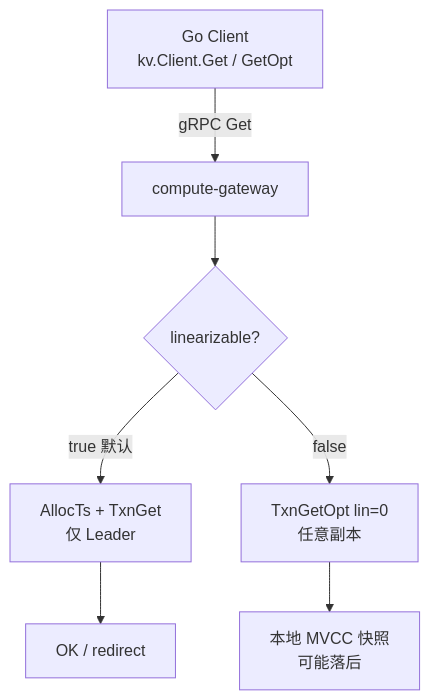
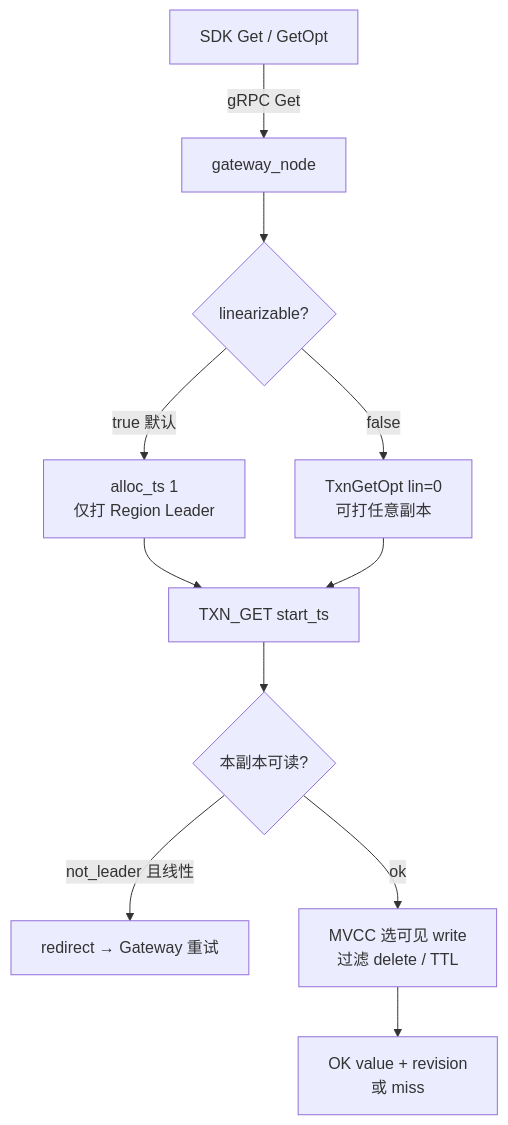
The diagram in docs/flows/02-read-get.md (devotionalist/openkv), drawn with Mermaid before and after one commit. The commit also changed other lines of this file and 167 other files, not shown here.

First line of the commit message:
Ship C++ gateway with async write-path batching and refresh docs.

````diff
--- a/docs/flows/02-read-get.md
+++ b/docs/flows/02-read-get.md
@@ -7,9 +7,13 @@
 ```mermaid
 flowchart TD
-  A[Go Client<br/>kv.Client.Get / GetOpt] -->|gRPC Get| B[compute-gateway]
+  A[SDK Get / GetOpt] -->|gRPC Get| B[gateway_node]
   B --> C{linearizable?}
-  C -->|true 默认| D[AllocTs + TxnGet<br/>仅 Leader]
-  C -->|false| E[TxnGetOpt lin=0<br/>任意副本]
-  D --> F[OK / redirect]
-  E --> G[本地 MVCC 快照<br/>可能落后]
+  C -->|true 默认| D[alloc_ts 1<br/>仅打 Region Leader]
+  C -->|false| E[TxnGetOpt lin=0<br/>可打任意副本]
+  D --> F[TXN_GET start_ts]
+  E --> F
+  F --> G{本副本可读?}
+  G -->|not_leader 且线性| H[redirect → Gateway 重试]
+  G -->|ok| I[MVCC 选可见 write<br/>过滤 delete / TTL]
+  I --> J[OK value + revision<br/>或 miss]
 ```
````
